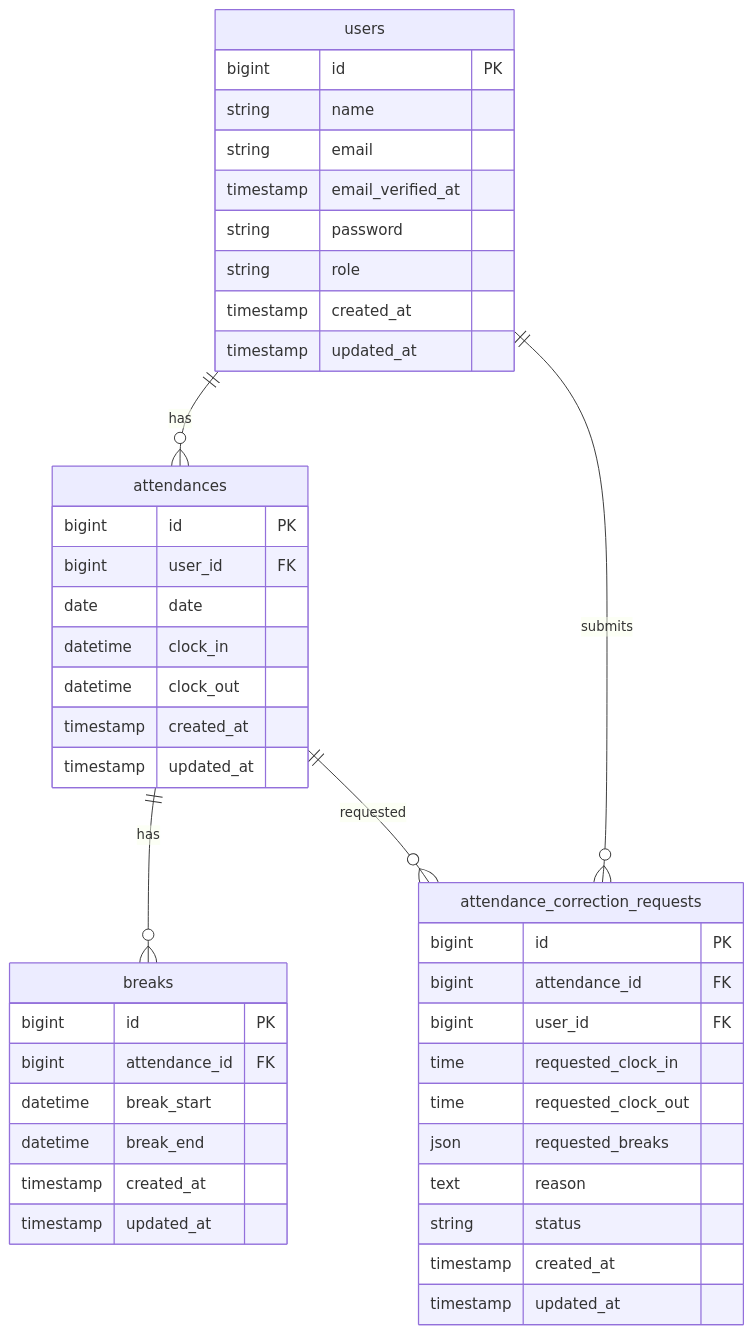
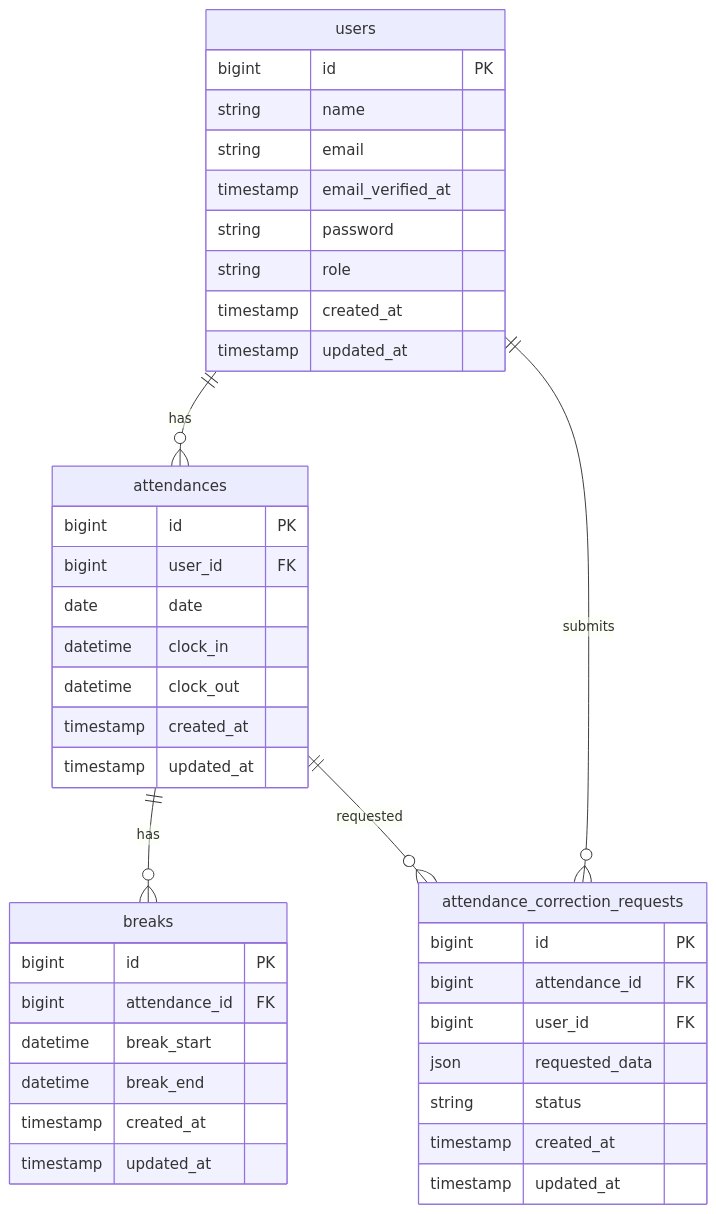
Before and after one commit to s-aino/ShinyaAino-test_attendance: the diagram in docs/ER.md, drawn with Mermaid. The commit also changed 14 other files, not shown here.

````diff
--- a/docs/ER.md
+++ b/docs/ER.md
@@ -3,51 +3,48 @@
 ```mermaid
 erDiagram
 
 users {
   bigint id PK
   string name
   string email
   timestamp email_verified_at
   string password
   string role
   timestamp created_at
   timestamp updated_at
 }
 
 attendances {
   bigint id PK
   bigint user_id FK
   date date
   datetime clock_in
   datetime clock_out
   timestamp created_at
   timestamp updated_at
 }
 
 breaks {
   bigint id PK
   bigint attendance_id FK
   datetime break_start
   datetime break_end
   timestamp created_at
   timestamp updated_at
 }
 
 attendance_correction_requests {
   bigint id PK
   bigint attendance_id FK
   bigint user_id FK
-  time requested_clock_in
-  time requested_clock_out
-  json requested_breaks
-  text reason
+  json requested_data
   string status
   timestamp created_at
   timestamp updated_at
 }
 
 users ||--o{ attendances : has
 attendances ||--o{ breaks : has
 attendances ||--o{ attendance_correction_requests : requested
 users ||--o{ attendance_correction_requests : submits
 ```
````
